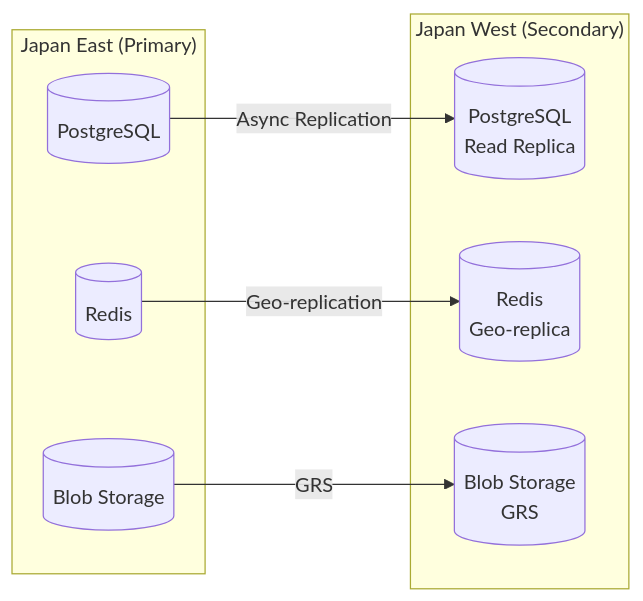
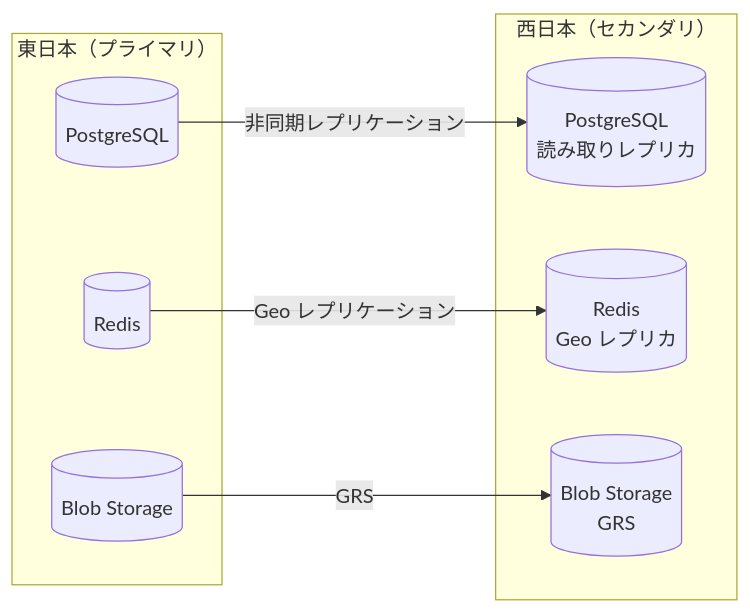
Before and after one commit to hampen2929/zloth: diagram 12 of 16 in docs/azure_host_design.md, drawn with Mermaid. The commit also changed other lines of this file, not shown here.

````diff
--- a/docs/azure_host_design.md
+++ b/docs/azure_host_design.md
@@ -519,18 +854,18 @@
 ```mermaid
 flowchart LR
-    subgraph Primary["Japan East (Primary)"]
+    subgraph Primary["東日本（プライマリ）"]
         DB1[(PostgreSQL)]
         Redis1[(Redis)]
         Blob1[(Blob Storage)]
     end
 
-    subgraph Secondary["Japan West (Secondary)"]
-        DB2[(PostgreSQL<br/>Read Replica)]
-        Redis2[(Redis<br/>Geo-replica)]
+    subgraph Secondary["西日本（セカンダリ）"]
+        DB2[(PostgreSQL<br/>読み取りレプリカ)]
+        Redis2[(Redis<br/>Geo レプリカ)]
         Blob2[(Blob Storage<br/>GRS)]
     end
 
-    DB1 -->|Async Replication| DB2
-    Redis1 -->|Geo-replication| Redis2
+    DB1 -->|非同期レプリケーション| DB2
+    Redis1 -->|Geo レプリケーション| Redis2
     Blob1 -->|GRS| Blob2
 ```
````
